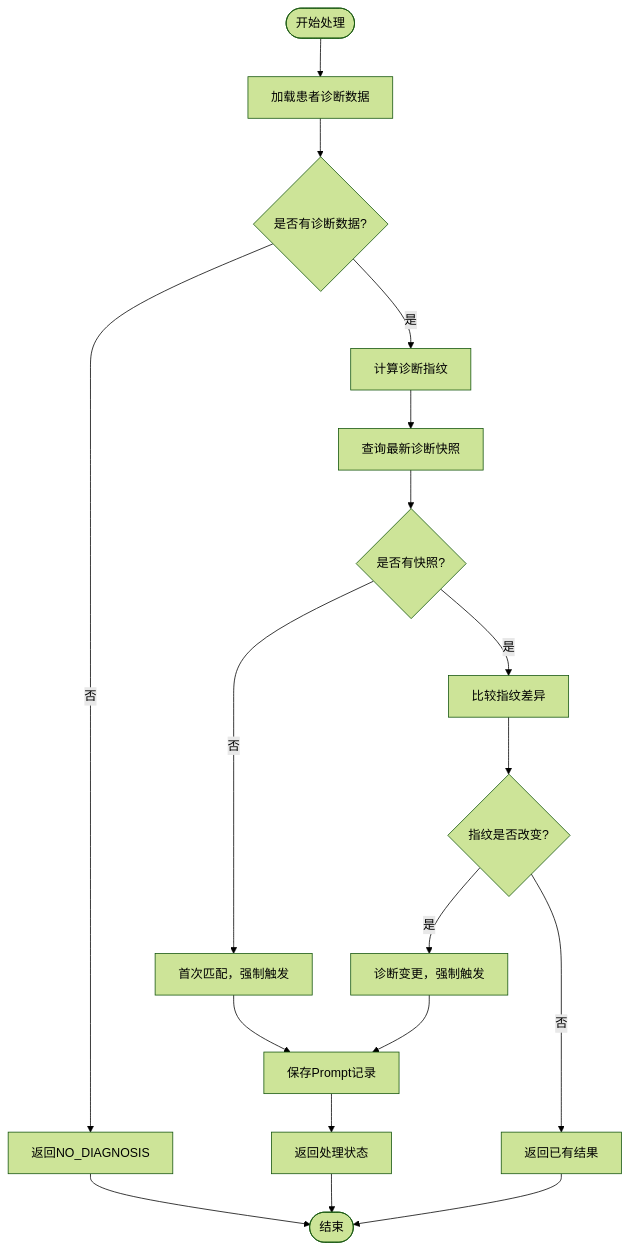
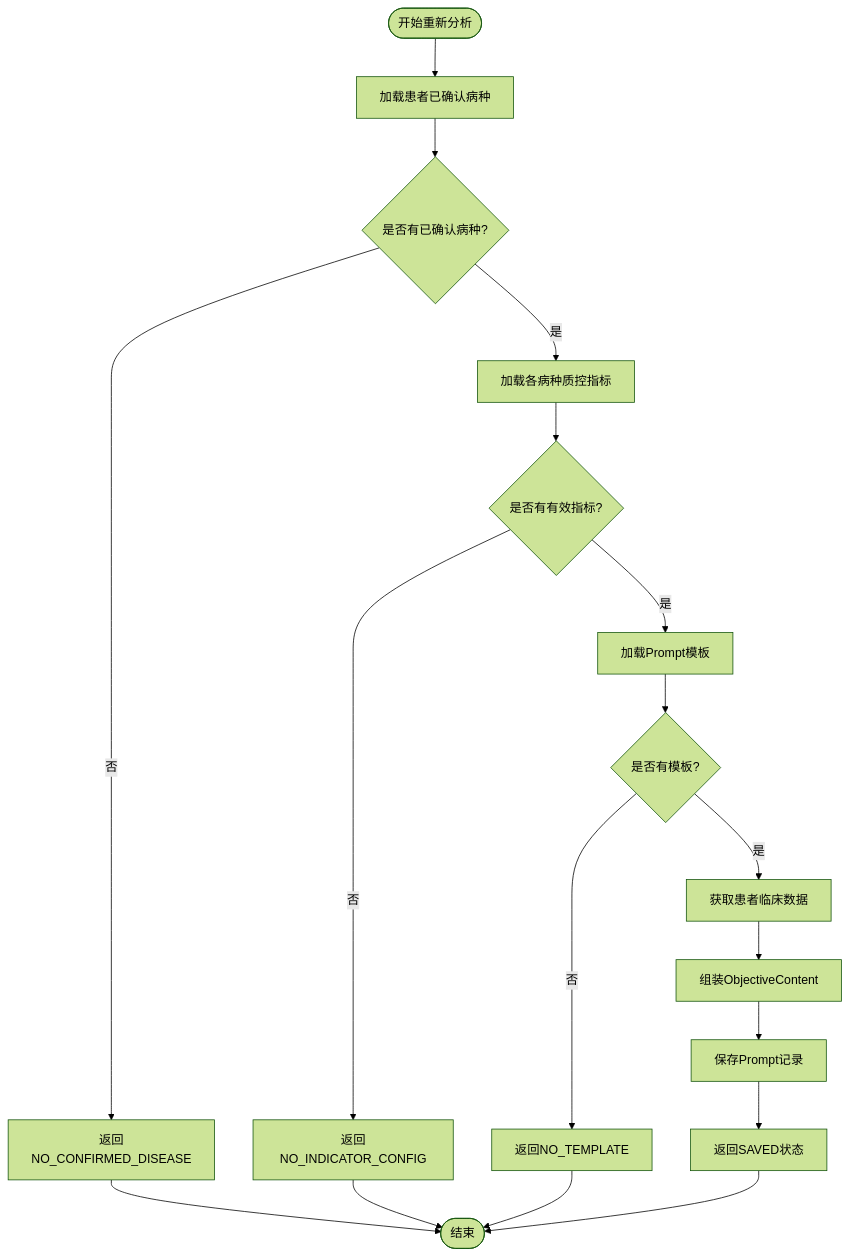
One commit to liuzh2008/med_ai_assistant_workspace changed the eighth of 10 diagrams in .qoder/repowiki/zh/content/QC病种匹配系统.md. Above: the diagram before and after it, drawn with Mermaid (forest theme). The commit also changed other lines of this file and 4 other files, not shown here.

````diff
--- a/.qoder/repowiki/zh/content/QC病种匹配系统.md
+++ b/.qoder/repowiki/zh/content/QC病种匹配系统.md
@@ -286,20 +443,20 @@
 ```mermaid
 flowchart TD
-Start([开始处理]) --> LoadDiagnoses["加载患者诊断数据"]
-LoadDiagnoses --> CheckDiagnoses{"是否有诊断数据?"}
-CheckDiagnoses --> |否| NoDiagnosis["返回NO_DIAGNOSIS"]
-CheckDiagnoses --> |是| ComputeFingerprint["计算诊断指纹"]
-ComputeFingerprint --> LoadSnapshot["查询最新诊断快照"]
-LoadSnapshot --> CheckSnapshot{"是否有快照?"}
-CheckSnapshot --> |否| FirstMatch["首次匹配，强制触发"]
-CheckSnapshot --> |是| CompareFingerprint["比较指纹差异"]
-CompareFingerprint --> FingerprintChanged{"指纹是否改变?"}
-FingerprintChanged --> |是| TriggerMatch["诊断变更，强制触发"]
-FingerprintChanged --> |否| ReturnResult["返回已有结果"]
-FirstMatch --> SavePrompt["保存Prompt记录"]
-TriggerMatch --> SavePrompt
-SavePrompt --> ReturnStatus["返回处理状态"]
-NoDiagnosis --> End([结束])
-ReturnResult --> End
-ReturnStatus --> End
+Start([开始重新分析]) --> LoadConfirmedDiseases["加载患者已确认病种"]
+LoadConfirmedDiseases --> CheckConfirmed{"是否有已确认病种?"}
+CheckConfirmed --> |否| ReturnNoConfirmed["返回NO_CONFIRMED_DISEASE"]
+CheckConfirmed --> |是| LoadIndicators["加载各病种质控指标"]
+LoadIndicators --> CheckIndicators{"是否有有效指标?"}
+CheckIndicators --> |否| ReturnNoIndicator["返回NO_INDICATOR_CONFIG"]
+CheckIndicators --> |是| LoadTemplate["加载Prompt模板"]
+LoadTemplate --> CheckTemplate{"是否有模板?"}
+CheckTemplate --> |否| ReturnNoTemplate["返回NO_TEMPLATE"]
+CheckTemplate --> |是| GetPatientData["获取患者临床数据"]
+GetPatientData --> BuildObjective["组装ObjectiveContent"]
+BuildObjective --> SavePrompt["保存Prompt记录"]
+SavePrompt --> ReturnSaved["返回SAVED状态"]
+ReturnNoConfirmed --> End([结束])
+ReturnNoIndicator --> End
+ReturnNoTemplate --> End
+ReturnSaved --> End
 ```
````
